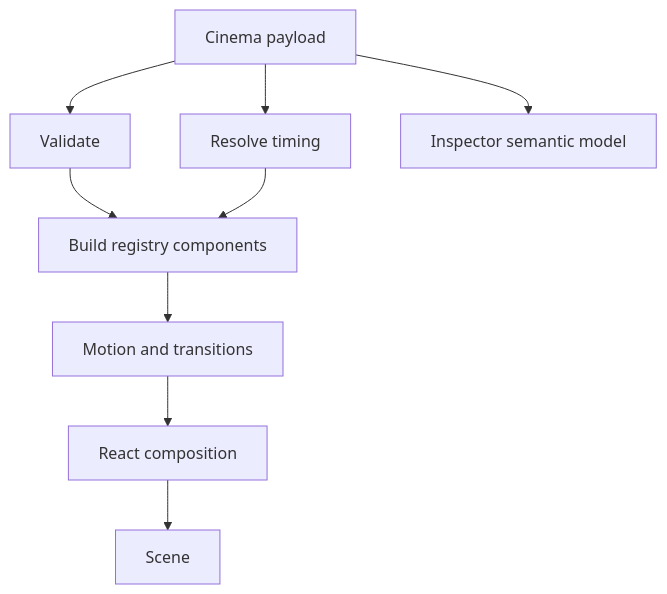
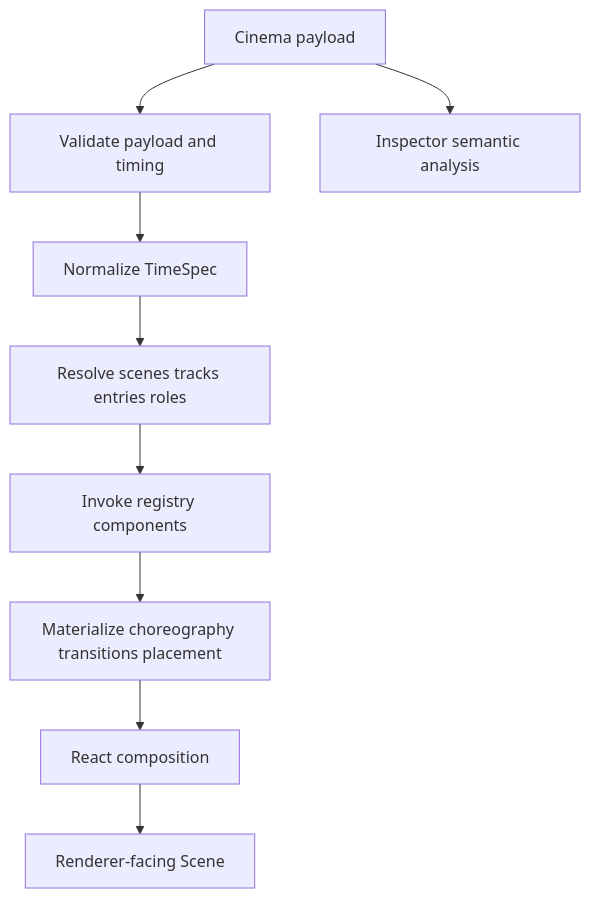
One commit to Kkb113/CineKernel changed the diagram in docs/research/onda/r0.02/CINEMA_COMPILER_FLOW.md. Above: the diagram before and after it, drawn with Mermaid. The commit also changed other lines of this file and 66 other files, not shown here.

````diff
--- a/docs/research/onda/r0.02/CINEMA_COMPILER_FLOW.md
+++ b/docs/research/onda/r0.02/CINEMA_COMPILER_FLOW.md
@@ -5,11 +3,11 @@
 ```mermaid
 flowchart TD
-  P[Cinema payload] --> V[Validate]
-  P --> T[Resolve timing]
-  P --> I[Inspector semantic model]
-  V --> B[Build registry components]
-  T --> B
-  B --> M[Motion and transitions]
+  P[Cinema payload] --> V[Validate payload and timing]
+  P --> I[Inspector semantic analysis]
+  V --> T[Normalize TimeSpec]
+  T --> G[Resolve scenes tracks entries roles]
+  G --> C[Invoke registry components]
+  C --> M[Materialize choreography transitions placement]
   M --> R[React composition]
-  R --> S[Scene]
+  R --> S[Renderer-facing Scene]
 ```
````
